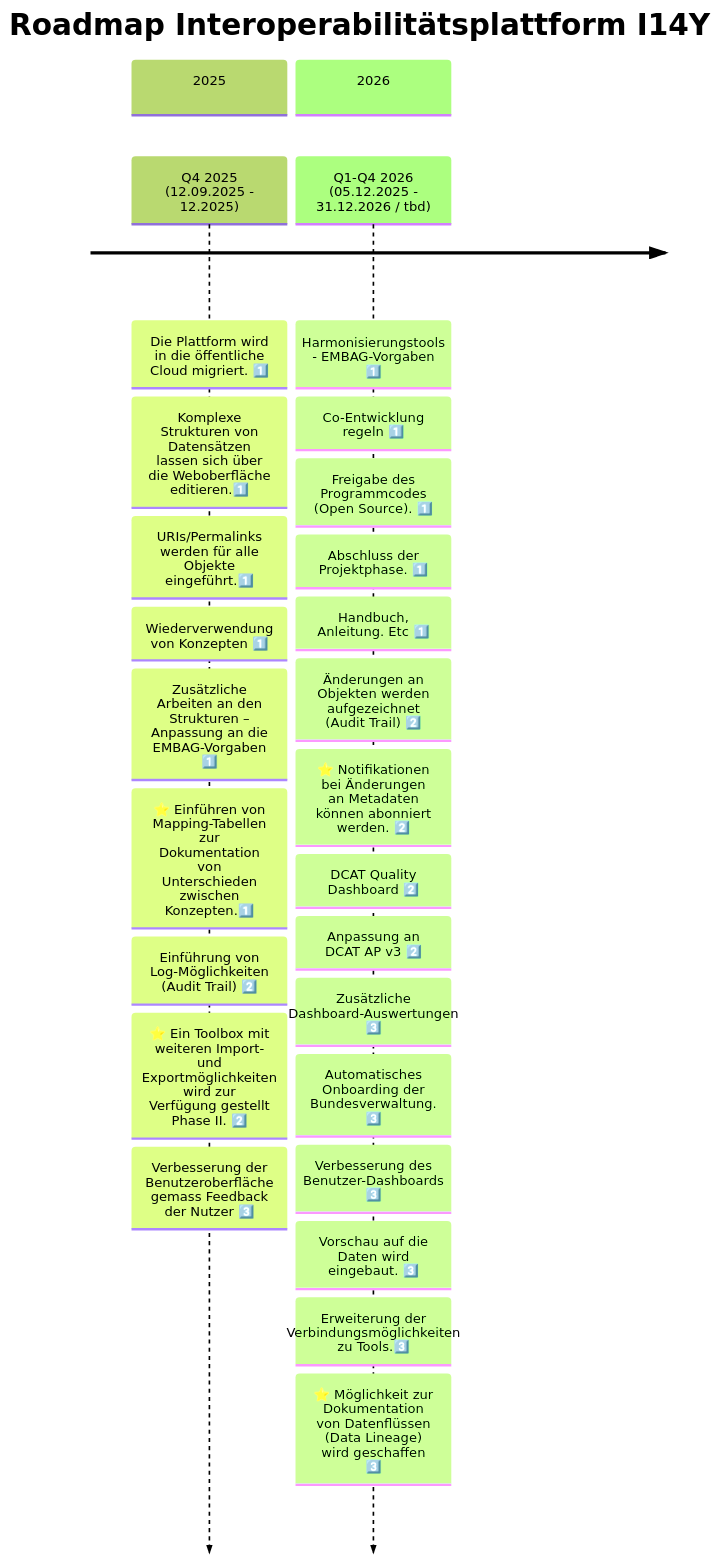
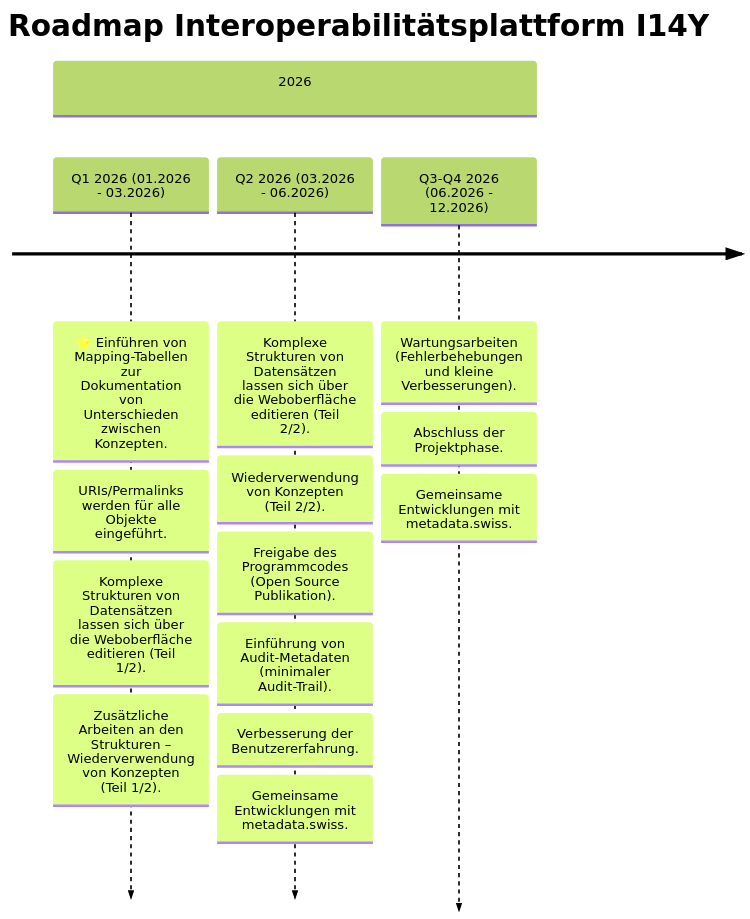
Before and after one commit to I14Y-ch/handbook: the diagram in content/de/plattform/roadmap.md, drawn with Mermaid (forest theme).

Commit message:
Revision 2026 roadmap

```diff
--- a/content/de/plattform/roadmap.md
+++ b/content/de/plattform/roadmap.md
@@ -21,36 +21,26 @@
 {{< mermaid width="650px" >}}
 timeline
     title Roadmap Interoperabilitätsplattform I14Y
-    
-    section 2025
-    
-        Q4 2025 (12.09.2025 - 12.2025)
-        : Die Plattform wird in die öffentliche Cloud migriert. 1️⃣
-        : Komplexe Strukturen von Datensätzen lassen sich über die Weboberfläche editieren.1️⃣
-        : URIs/Permalinks werden für alle Objekte eingeführt.1️⃣
-        : Wiederverwendung von Konzepten 1️⃣
-        : Zusätzliche Arbeiten an den Strukturen – Anpassung an die EMBAG-Vorgaben 1️⃣
-        : ⭐ Einführen von Mapping-Tabellen zur Dokumentation von Unterschieden zwischen Konzepten.1️⃣
-        : Einführung von Log-Möglichkeiten (Audit Trail) 2️⃣
-        : ⭐ Ein Toolbox mit weiteren Import- und Exportmöglichkeiten wird zur Verfügung gestellt Phase II. 2️⃣
-        : Verbesserung der Benutzeroberfläche gemass Feedback der Nutzer 3️⃣ 
 
     section 2026
-        Q1-Q4 2026 (05.12.2025 - 31.12.2026 / tbd)
-        : Harmonisierungstools - EMBAG-Vorgaben 1️⃣
-        : Co-Entwicklung regeln 1️⃣
-        : Freigabe des Programmcodes (Open Source). 1️⃣
-        : Abschluss der Projektphase. 1️⃣
-        : Handbuch, Anleitung. Etc 1️⃣
-        : Änderungen an Objekten werden aufgezeichnet (Audit Trail) 2️⃣
-        : ⭐ Notifikationen bei Änderungen an Metadaten können abonniert werden. 2️⃣
-        : DCAT Quality Dashboard 2️⃣
-        : Anpassung an DCAT AP v3 2️⃣
-        : Zusätzliche Dashboard-Auswertungen 3️⃣       
-        : Automatisches Onboarding der Bundesverwaltung. 3️⃣
-        : Verbesserung des Benutzer-Dashboards 3️⃣ 
-        : Vorschau auf die Daten wird eingebaut. 3️⃣
-        : Erweiterung der Verbindungsmöglichkeiten zu Tools.3️⃣
-        : ⭐ Möglichkeit zur Dokumentation von Datenflüssen (Data Lineage) wird geschaffen 3️⃣ 
+
+        Q1 2026 (01.2026 - 03.2026)
+        : ⭐ Einführen von Mapping-Tabellen zur Dokumentation von Unterschieden zwischen Konzepten.
+        : URIs/Permalinks werden für alle Objekte eingeführt.
+        : Komplexe Strukturen von Datensätzen lassen sich über die Weboberfläche editieren (Teil 1/2).
+        : Zusätzliche Arbeiten an den Strukturen – Wiederverwendung von Konzepten (Teil 1/2).
+
+        Q2 2026 (03.2026 - 06.2026)
+        : Komplexe Strukturen von Datensätzen lassen sich über die Weboberfläche editieren (Teil 2/2).
+        : Wiederverwendung von Konzepten (Teil 2/2).
+        : Freigabe des Programmcodes (Open Source Publikation). 
+        : Einführung von Audit-Metadaten (minimaler Audit-Trail).
+        : Verbesserung der Benutzererfahrung.
+        : Gemeinsame Entwicklungen mit metadata.swiss.
+
+        Q3-Q4 2026 (06.2026 - 12.2026)
+        : Wartungsarbeiten (Fehlerbehebungen und kleine Verbesserungen).
+        : Abschluss der Projektphase. 
+        : Gemeinsame Entwicklungen mit metadata.swiss.
 
 {{< /mermaid >}}
```
